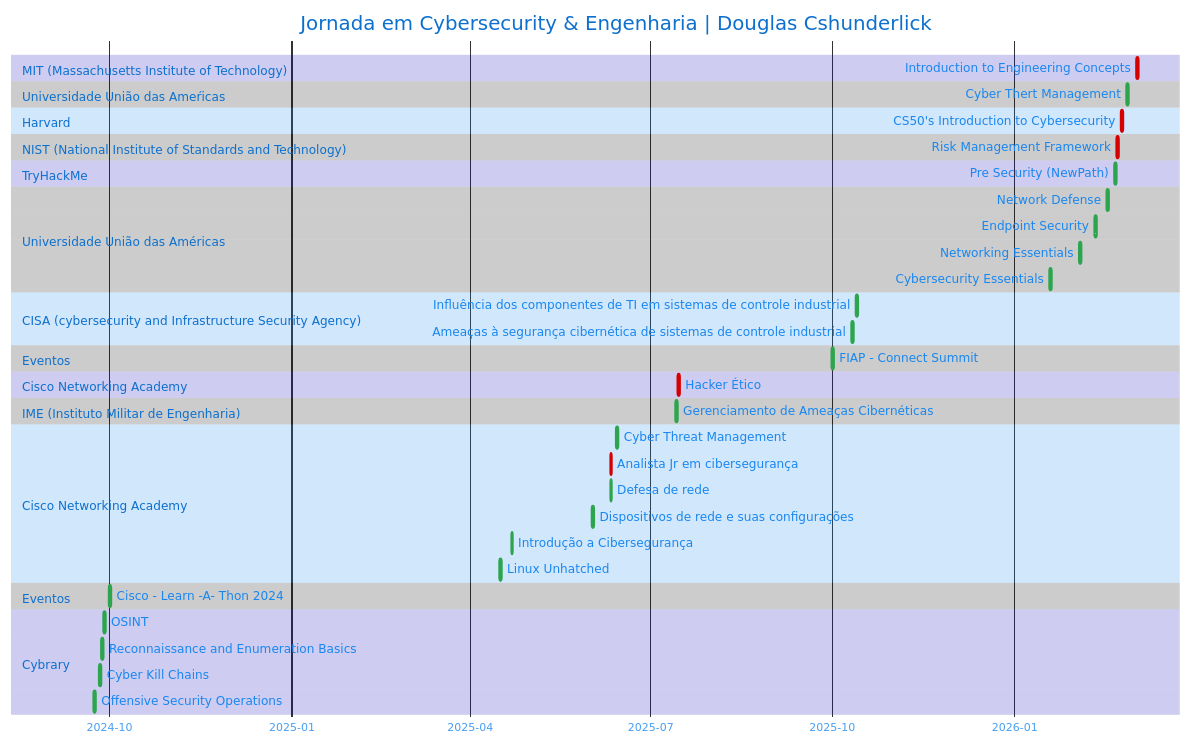
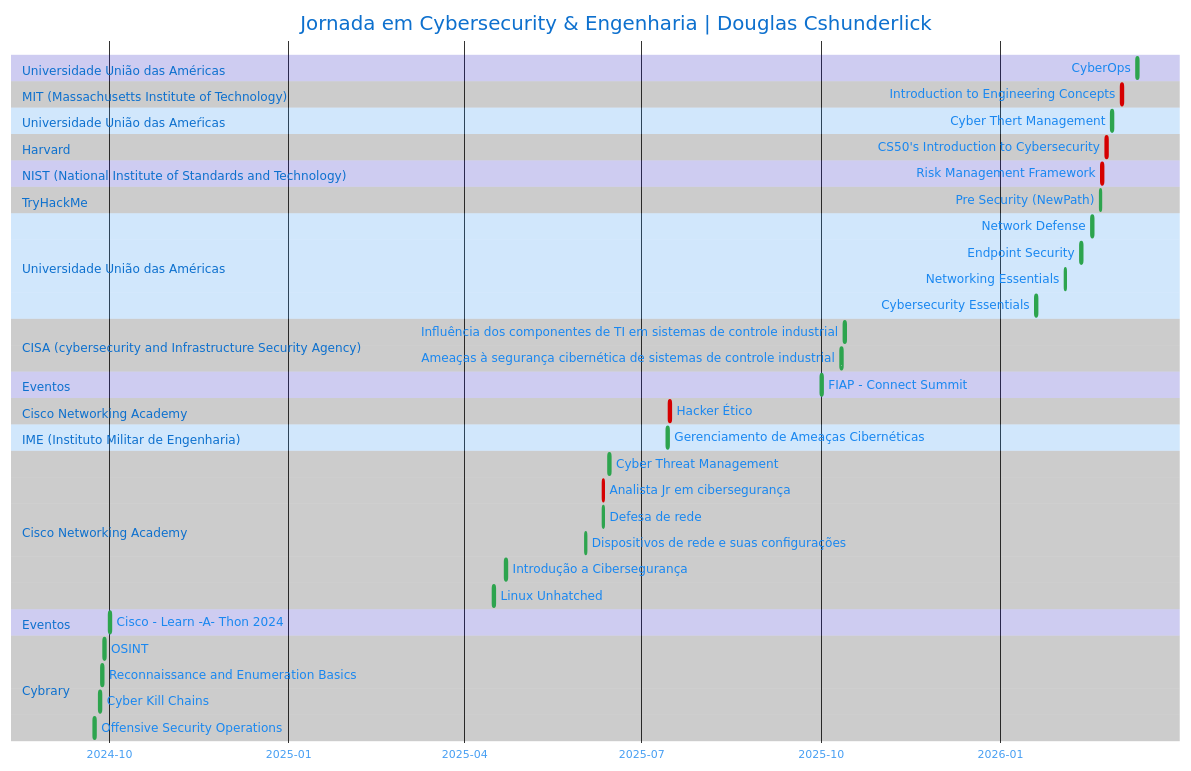
Before and after one commit to douglascshun/douglascshun: the diagram in README.md, drawn with Mermaid. The commit also changed other lines of this file, not shown here.

````diff
--- a/README.md
+++ b/README.md
@@ -627,70 +643,73 @@
 ```mermaid
 %%{ init: { 
   'theme': 'base',   
   'themeVariables': { 
     'primaryColor': '#1987F0',             
     'primaryTextColor': '#1987F0',         
     'sectionBkgColor': '#0E00B7',       
     'altSectionBkgColor': '#000000',       
     'doneTaskBorderColor': '#2da44e',
     'critBorderColor': '#d50000',
     'todayMarkerColor': '#000000'          
   } 
 } }%%
 gantt
     title Jornada em Cybersecurity & Engenharia | Douglas Cshunderlick
     dateFormat  YYYY-MM-DD
     axisFormat %Y-%m
+
+    section Universidade União das Américas  
+    CyberOps                                                             :done, 2026-03-12, 1d
 
     section MIT (Massachusetts Institute of Technology)
     Introduction to Engineering Concepts                                 :crit, 2026-03-04, 1d
 
     section Universidade União das Ameŕicas 
     Cyber Thert Management                                               :done, 2026-02-27, 1d
 
     section Harvard
     CS50's Introduction to Cybersecurity                                 :crit, 2026-02-24, 1d
 
     section NIST (National Institute of Standards and Technology)
     Risk Management Framework                                            :crit, 2026-02-22, 1d
 
     section TryHackMe
     Pre Security (NewPath)                                               :done, 2026-02-21, 1d 
     
     section Universidade União das Américas
     Network Defense                                                      :done, 2026-02-17, 1d
     Endpoint Security                                                    :done, 2026-02-11, 1d
     Networking Essentials                                                :done, 2026-02-03, 1d
     Cybersecurity Essentials                                             :done, 2026-01-19, 1d
 
     section CISA (cybersecurity and Infrastructure Security Agency)
     Influência dos componentes de TI em sistemas de controle industrial  :done, 2025-10-13, 1d
     Ameaças à segurança cibernética de sistemas de controle industrial   :done, 2025-10-11, 1d  
 
     section Eventos
     FIAP - Connect Summit                                                :done, 2025-10, 1d
 
     section Cisco Networking Academy  
     Hacker Ético                                                         :crit, 2025-07-15, 1d
 
     section IME (Instituto Militar de Engenharia)
     Gerenciamento de Ameaças Cibernéticas                                :done, 2025-07-14, 1d
 
     section Cisco Networking Academy
     Cyber Threat Management                                              :done, 2025-06-14, 1d
     Analista Jr em cibersegurança                                        :crit, 2025-06-11, 1d
     Defesa de rede                                                       :done, 2025-06-11, 1d
     Dispositivos de rede e suas configurações                            :done, 2025-06-02, 1d
     Introdução a Cibersegurança                                          :done, 2025-04-22, 1d
     Linux Unhatched                                                      :done, 2025-04-16, 1d
 
     section Eventos 
     Cisco - Learn -A- Thon 2024                                          :done, 2024-10, 1d
 
 
     section Cybrary
     OSINT                                                                :done, 2024-09-28, 1d
     Reconnaissance and Enumeration Basics                                :done, 2024-09-27, 1d
     Cyber Kill Chains                                                    :done, 2024-09-26, 1d
     Offensive Security Operations                                        :done, 2024-09-23, 1d
 ```
````
